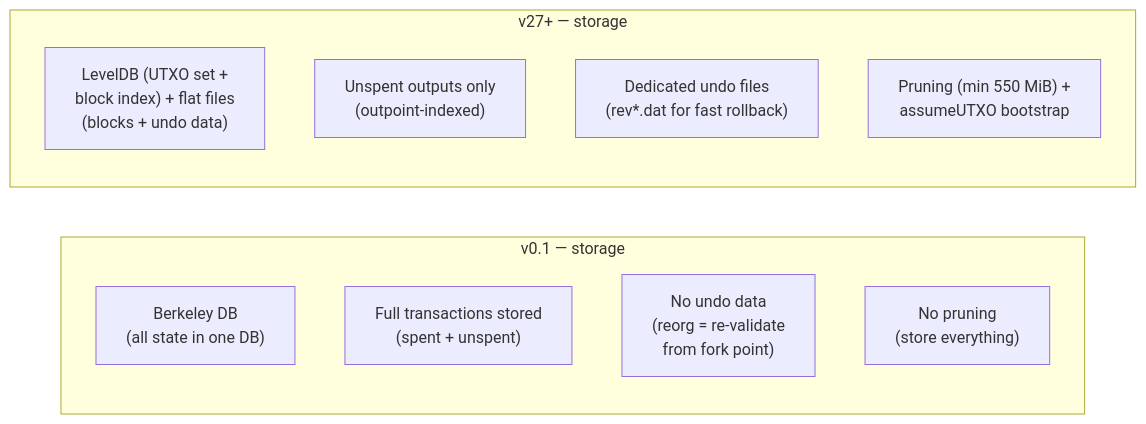
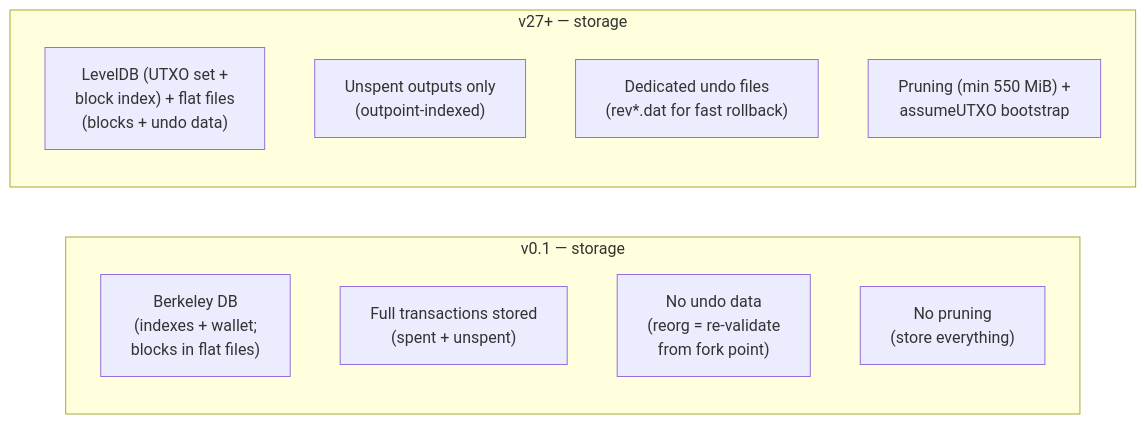
One commit to cypher256/BitcoinArchive changed the eighth of 10 diagrams in src/data/entries/en/design/2009-01-03-bitcoin-architecture-evolution.md. Above: the diagram before and after it, drawn with Mermaid. The commit also changed other lines of this file and 19 other files, not shown here.

````diff
--- a/src/data/entries/en/design/2009-01-03-bitcoin-architecture-evolution.md
+++ b/src/data/entries/en/design/2009-01-03-bitcoin-architecture-evolution.md
@@ -287,18 +287,18 @@
 ```mermaid
 flowchart LR
     subgraph V01_STORE["v0.1 — storage"]
         direction TB
-        BDB_S["Berkeley DB<br/>(all state in one DB)"]
+        BDB_S["Berkeley DB<br/>(indexes + wallet;<br/>blocks in flat files)"]
         FULL_TX["Full transactions stored<br/>(spent + unspent)"]
         NO_UNDO["No undo data<br/>(reorg = re-validate<br/>from fork point)"]
         NO_PRUNE["No pruning<br/>(store everything)"]
     end
 
     subgraph V27_STORE["v27+ — storage"]
         direction TB
         MULTI_S["LevelDB (UTXO set +<br/>block index) + flat files<br/>(blocks + undo data)"]
         UTXO_ONLY["Unspent outputs only<br/>(outpoint-indexed)"]
         UNDO_S["Dedicated undo files<br/>(rev*.dat for fast rollback)"]
         PRUNE_S["Pruning (min 550 MiB) +<br/>assumeUTXO bootstrap"]
     end
 ```
````
